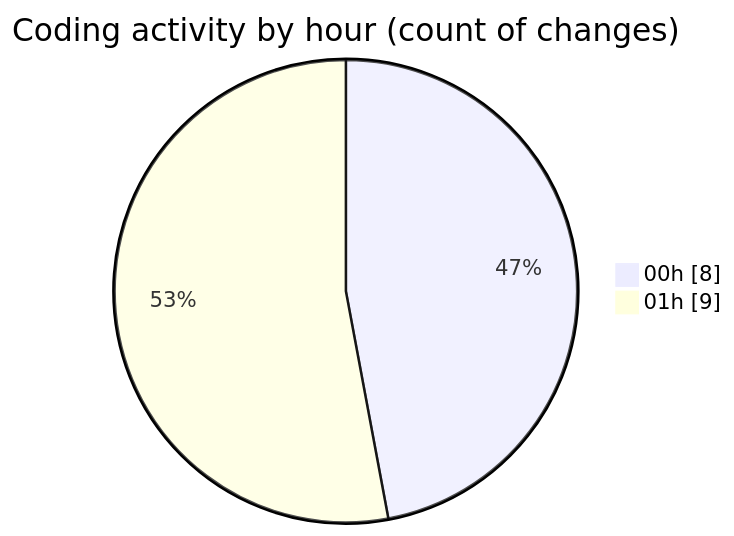
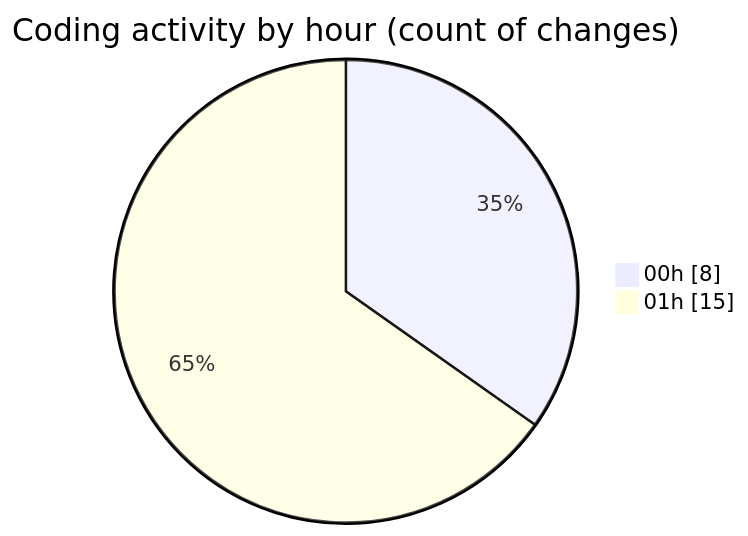
One commit to Elitesun/code-tracking changed the second of 2 diagrams in 2025-05-02/niten/README.md. Above: the diagram before and after it, drawn with Mermaid. The commit also changed other lines of this file and 1 other file, not shown here.

````diff
--- a/2025-05-02/niten/README.md
+++ b/2025-05-02/niten/README.md
@@ -38,6 +40,6 @@
 ```mermaid
 pie showData
 title Coding activity by hour (count of changes)
 "00h" : 8
-"01h" : 9
+"01h" : 15
 ```
````
